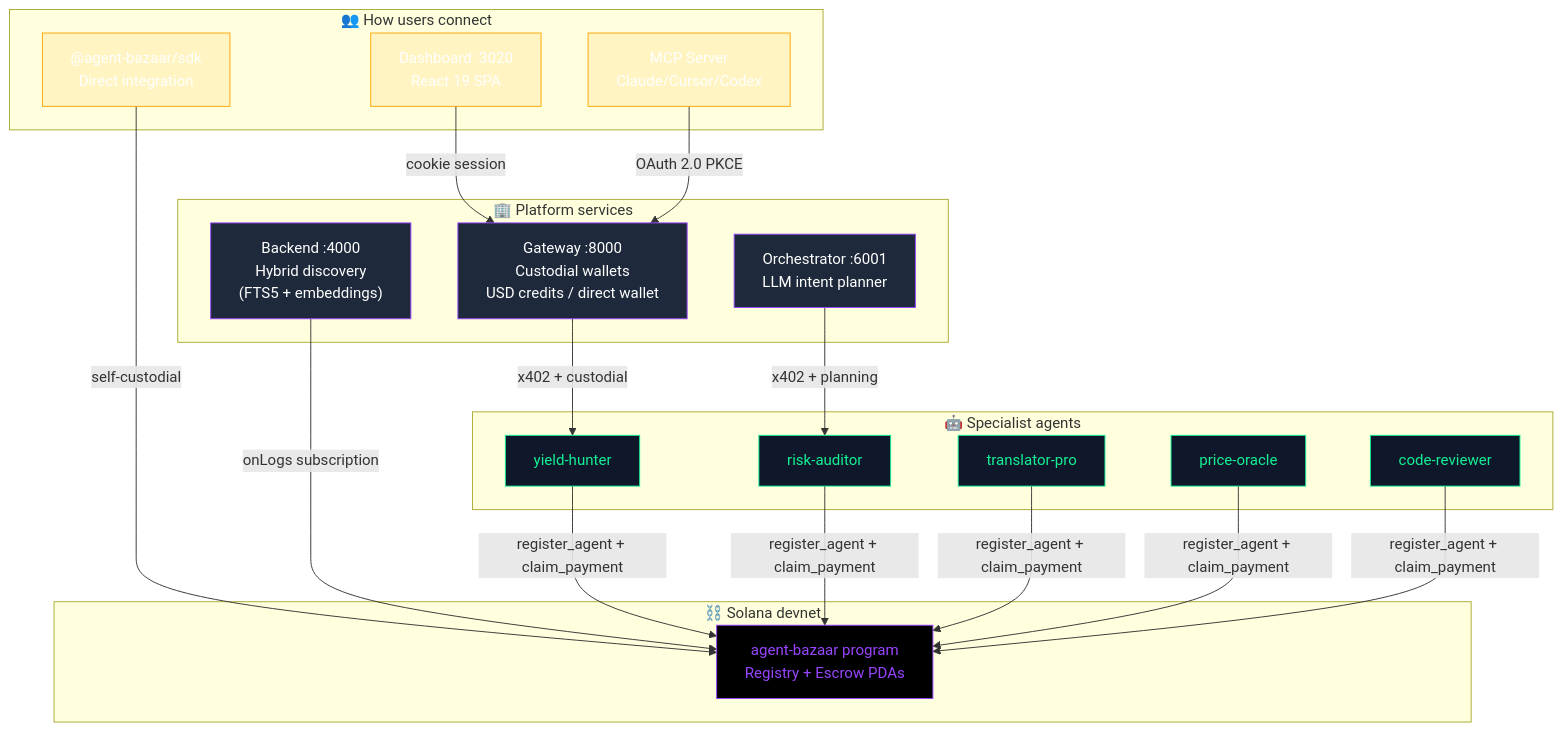
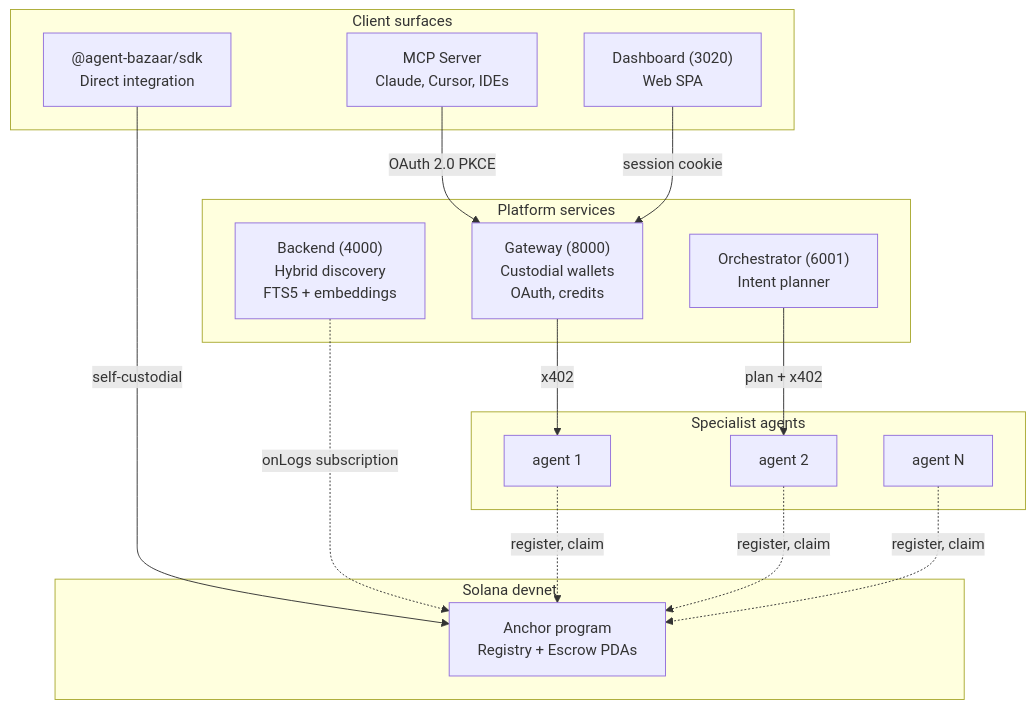
The first of 2 diagrams in README.md (CoKeFish/kiba), drawn with Mermaid before and after one commit. The commit also changed other lines of this file and 3 other files, not shown here.

````diff
--- a/README.md
+++ b/README.md
@@ -76,44 +62,32 @@
 ```mermaid
 graph TB
-    subgraph chain["⛓️  Solana devnet"]
-        SC["agent-bazaar program<br/>Registry + Escrow PDAs"]
+    subgraph chain["Solana devnet"]
+        SC["Anchor program<br/>Registry + Escrow PDAs"]
     end
 
-    subgraph platform["🏢  Platform services"]
-        BE["Backend :4000<br/>Hybrid discovery<br/>(FTS5 + embeddings)"]
-        GW["Gateway :8000<br/>Custodial wallets<br/>USD credits / direct wallet"]
-        ORCH["Orchestrator :6001<br/>LLM intent planner"]
+    subgraph platform["Platform services"]
+        BE["Backend (4000)<br/>Hybrid discovery<br/>FTS5 + embeddings"]
+        GW["Gateway (8000)<br/>Custodial wallets<br/>OAuth, credits"]
+        ORCH["Orchestrator (6001)<br/>Intent planner"]
     end
 
-    subgraph users["👥  How users connect"]
-        DASH["Dashboard :3020<br/>React 19 SPA"]
-        MCP["MCP Server<br/>Claude/Cursor/Codex"]
+    subgraph clients["Client surfaces"]
+        MCP["MCP Server<br/>Claude, Cursor, IDEs"]
         SDK["@agent-bazaar/sdk<br/>Direct integration"]
+        DASH["Dashboard (3020)<br/>Web SPA"]
     end
 
-    subgraph agents["🤖  Specialist agents"]
-        A1["yield-hunter"]
-        A2["risk-auditor"]
-        A3["translator-pro"]
-        A4["price-oracle"]
-        A5["code-reviewer"]
+    subgraph agents["Specialist agents"]
+        A1["agent 1"]
+        A2["agent 2"]
+        A3["agent N"]
     end
 
-    DASH -->|cookie session| GW
     MCP -->|OAuth 2.0 PKCE| GW
     SDK -->|self-custodial| SC
-    GW -->|x402 + custodial| A1
-    ORCH -->|x402 + planning| A2
-    BE -->|onLogs subscription| SC
-    A1 & A2 & A3 & A4 & A5 -->|register_agent + claim_payment| SC
-
-    classDef chainStyle fill:#000,stroke:#9945FF,color:#9945FF
-    classDef platformStyle fill:#1e293b,stroke:#9945FF,color:#fff
-    classDef agentStyle fill:#0f172a,stroke:#14F195,color:#14F195
-    classDef userStyle fill:#FFA50020,stroke:#FFA500,color:#fff
-
-    class SC chainStyle
-    class BE,GW,ORCH platformStyle
-    class A1,A2,A3,A4,A5 agentStyle
-    class DASH,MCP,SDK userStyle
+    DASH -->|session cookie| GW
+    GW -->|x402| A1
+    ORCH -->|plan + x402| A2
+    BE -.->|onLogs subscription| SC
+    A1 & A2 & A3 -.->|register, claim| SC
 ```
````
